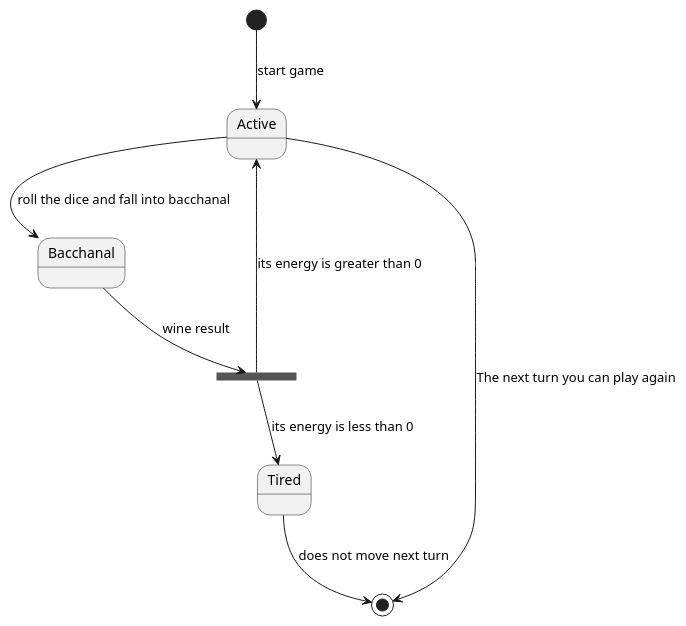
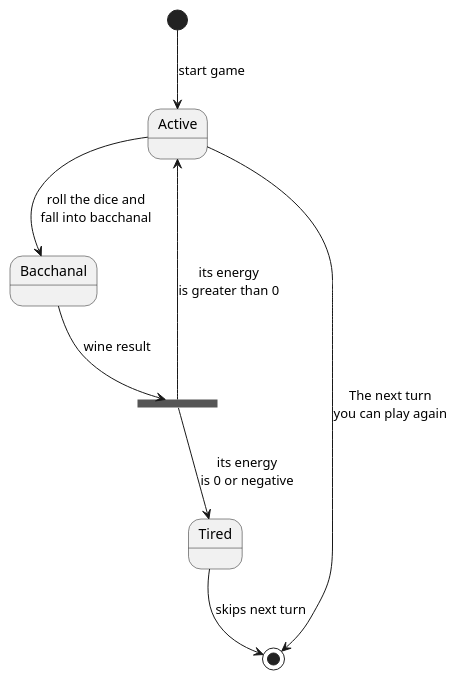
One commit to PabloGCH/tp2-algo3 changed the diagram in diagrams/states/GladiatorFallsInBacchanal.plantuml. Above: the diagram before and after it, drawn with PlantUML. The commit also changed 4 other files, not shown here.

Commit message:
multilines in diagrams

```diff
--- a/diagrams/states/GladiatorFallsInBacchanal.plantuml
+++ b/diagrams/states/GladiatorFallsInBacchanal.plantuml
@@ -1,15 +1,15 @@
 @startuml
 
 [*] --> Active: start game
 
-Active --> Bacchanal : roll the dice and fall into bacchanal
+Active --> Bacchanal : roll the dice and\nfall into bacchanal
 
 state wine_result <<fork>>
 Bacchanal --> wine_result: wine result
 
-wine_result --> Active : its energy is greater than 0
-wine_result --> Tired: its energy is less than 0
+wine_result --> Active : its energy\nis greater than 0
+wine_result --> Tired: its energy\nis 0 or negative
 
-Active --> [*] : The next turn you can play again
-Tired --> [*] : does not move next turn
+Active --> [*] : The next turn\nyou can play again
+Tired --> [*] : skips next turn
 @enduml
```
